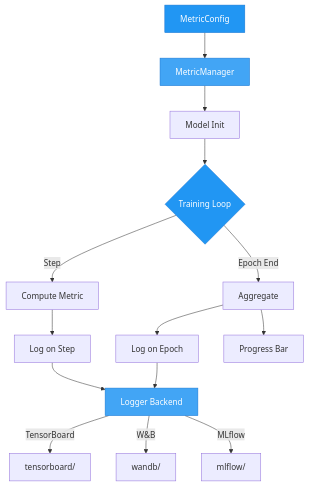
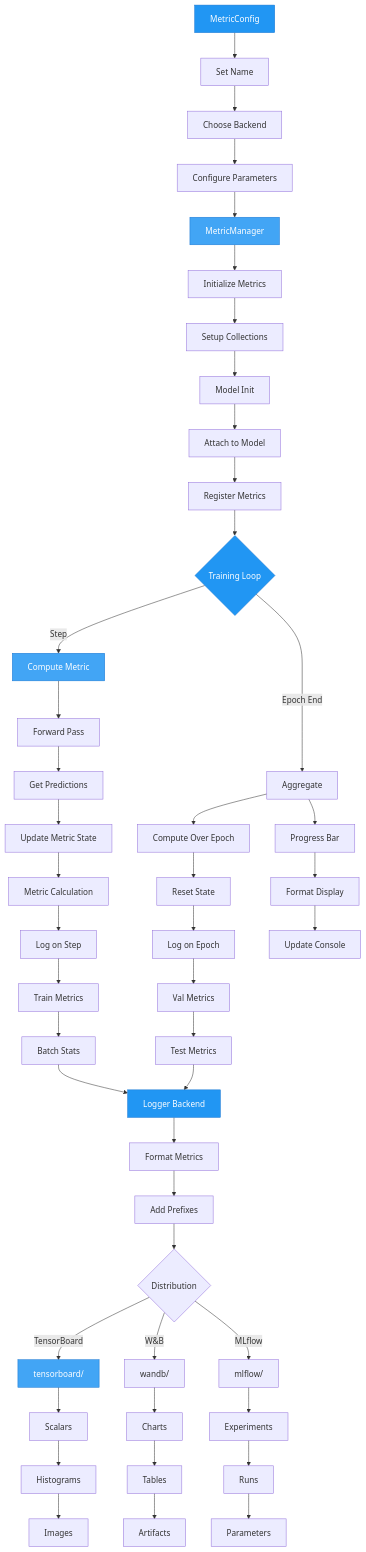
One commit to theja-vanka/AutoTimm changed the diagram in docs/user-guide/evaluation/metrics.md. Above: the diagram before and after it, drawn with Mermaid. The commit also changed 48 other files, not shown here.

````diff
--- a/docs/user-guide/evaluation/metrics.md
+++ b/docs/user-guide/evaluation/metrics.md
@@ -7,27 +7,65 @@
 ```mermaid
 graph TD
-    A[MetricConfig] --> B[MetricManager]
-    B --> C[Model Init]
+    A[MetricConfig] --> A1[Set Name]
+    A1 --> A2[Choose Backend]
+    A2 --> A3[Configure Parameters]
+    A3 --> B[MetricManager]
+    B --> B1[Initialize Metrics]
+    B1 --> B2[Setup Collections]
+    B2 --> C[Model Init]
     
-    C --> D{Training Loop}
+    C --> C1[Attach to Model]
+    C1 --> C2[Register Metrics]
+    C2 --> D{Training Loop}
     
     D -->|Step| E1[Compute Metric]
+    E1 --> E1a[Forward Pass]
+    E1a --> E1b[Get Predictions]
+    E1b --> E1c[Update Metric State]
+    E1c --> E1d[Metric Calculation]
+    
     D -->|Epoch End| E2[Aggregate]
+    E2 --> E2a[Compute Over Epoch]
+    E2a --> E2b[Reset State]
     
-    E1 --> F1[Log on Step]
-    E2 --> F2[Log on Epoch]
+    E1d --> F1[Log on Step]
+    F1 --> F1a[Train Metrics]
+    F1a --> F1b[Batch Stats]
     
-    F1 --> G[Logger Backend]
-    F2 --> G
+    E2b --> F2[Log on Epoch]
+    F2 --> F2a[Val Metrics]
+    F2a --> F2b[Test Metrics]
     
-    G -->|TensorBoard| H1[tensorboard/]
-    G -->|W&B| H2[wandb/]
-    G -->|MLflow| H3[mlflow/]
+    F1b --> G[Logger Backend]
+    F2b --> G
+    
+    G --> G1[Format Metrics]
+    G1 --> G2[Add Prefixes]
+    G2 --> H{Distribution}
+    
+    H -->|TensorBoard| H1[tensorboard/]
+    H1 --> H1a[Scalars]
+    H1a --> H1b[Histograms]
+    H1b --> H1c[Images]
+    
+    H -->|W&B| H2[wandb/]
+    H2 --> H2a[Charts]
+    H2a --> H2b[Tables]
+    H2b --> H2c[Artifacts]
+    
+    H -->|MLflow| H3[mlflow/]
+    H3 --> H3a[Experiments]
+    H3a --> H3b[Runs]
+    H3b --> H3c[Parameters]
     
     E2 --> I[Progress Bar]
+    I --> I1[Format Display]
+    I1 --> I2[Update Console]
     
     style A fill:#2196F3,stroke:#1976D2,color:#fff
     style B fill:#42A5F5,stroke:#1976D2,color:#fff
     style D fill:#2196F3,stroke:#1976D2,color:#fff
-    style G fill:#42A5F5,stroke:#1976D2,color:#fff
+    style E1 fill:#42A5F5,stroke:#1976D2,color:#fff
+    style G fill:#2196F3,stroke:#1976D2,color:#fff
+    style H1 fill:#42A5F5,stroke:#1976D2,color:#fff
 ```
````
